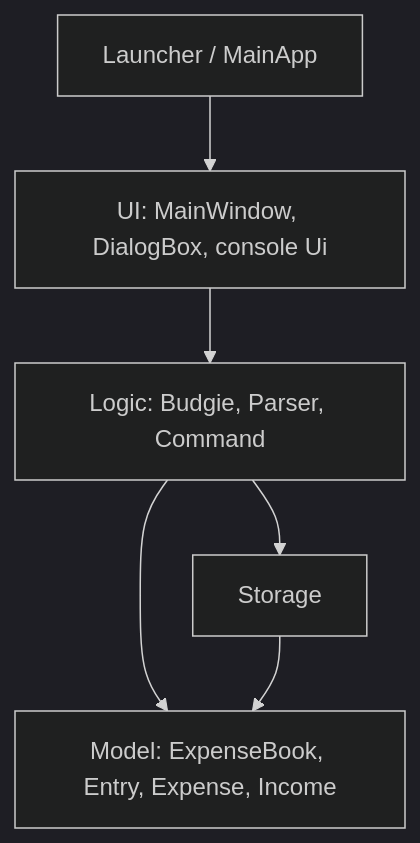
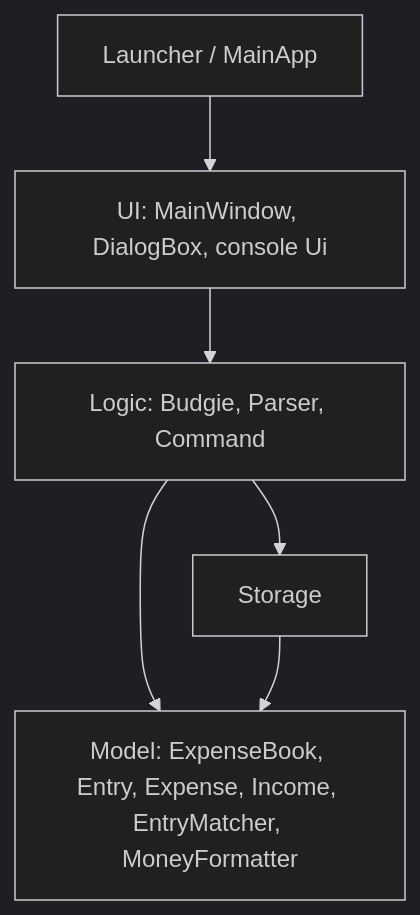
The first of 3 diagrams in docs/DeveloperGuide.md (josephkwok001/CS3227-2610-MP1), drawn with Mermaid (dark theme) before and after one commit. The commit also changed other lines of this file and 7 other files, not shown here.

````diff
--- a/docs/DeveloperGuide.md
+++ b/docs/DeveloperGuide.md
@@ -20,14 +37,14 @@
 ```mermaid
 flowchart TB
   launcher[Launcher / MainApp]
   ui[UI: MainWindow, DialogBox, console Ui]
   logic[Logic: Budgie, Parser, Command]
-  model[Model: ExpenseBook, Entry, Expense, Income]
+  model[Model: ExpenseBook, Entry, Expense, Income, EntryMatcher, MoneyFormatter]
   storage[Storage]
 
   launcher --> ui
   ui --> logic
   logic --> model
   logic --> storage
   storage --> model
 ```
````
